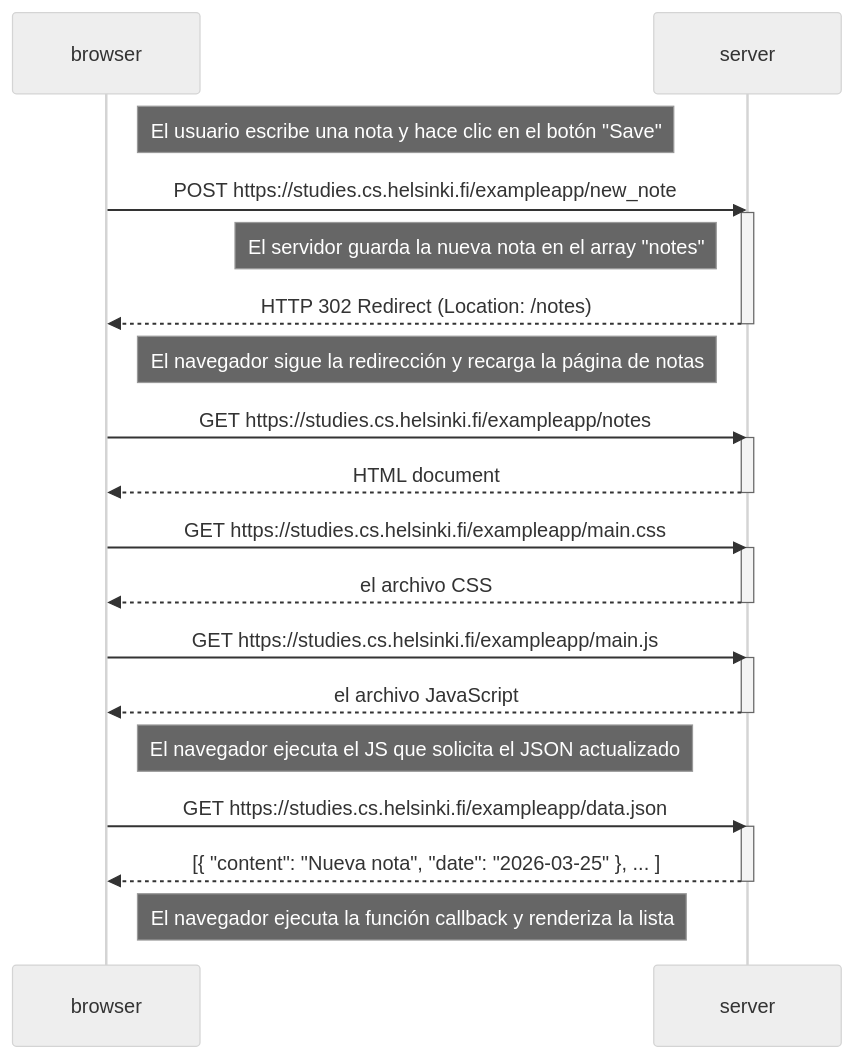
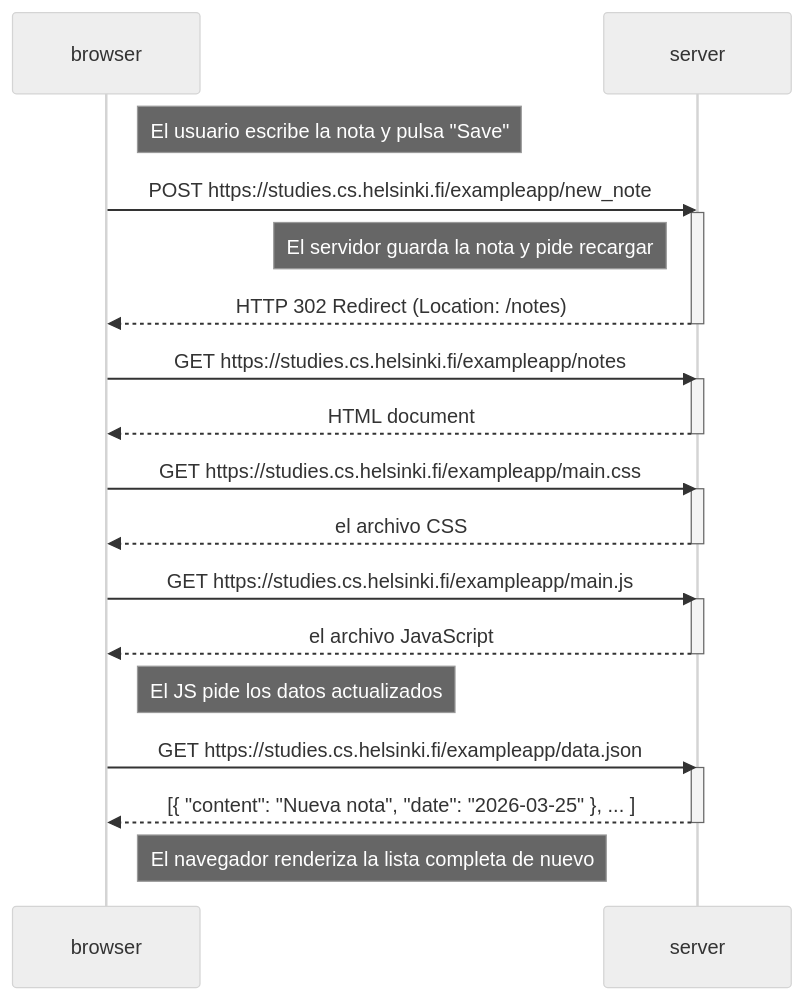
Before and after one commit to Garridoparrayeray/fullstack-open: the diagram in part0/ejercicio04.md, drawn with Mermaid (neutral theme). The commit also changed 2 other files, not shown here.

Commit message:
exercises 0.4-0.5-0.6

````diff
--- a/part0/ejercicio04.md
+++ b/part0/ejercicio04.md
@@ -3,39 +3,36 @@
 ```mermaid
 sequenceDiagram
     participant browser
     participant server
 
-    Note right of browser: El usuario escribe una nota y hace clic en el botón "Save"
+    Note right of browser: El usuario escribe la nota y pulsa "Save"
 
     browser->>server: POST https://studies.cs.helsinki.fi/exampleapp/new_note
     activate server
-    Note left of server: El servidor guarda la nueva nota en el array "notes"
+    Note left of server: El servidor guarda la nota y pide recargar
     server-->>browser: HTTP 302 Redirect (Location: /notes)
     deactivate server
-
-    Note right of browser: El navegador sigue la redirección y recarga la página de notas
 
     browser->>server: GET https://studies.cs.helsinki.fi/exampleapp/notes
     activate server
     server-->>browser: HTML document
     deactivate server
 
     browser->>server: GET https://studies.cs.helsinki.fi/exampleapp/main.css
     activate server
     server-->>browser: el archivo CSS
     deactivate server
 
     browser->>server: GET https://studies.cs.helsinki.fi/exampleapp/main.js
     activate server
     server-->>browser: el archivo JavaScript
     deactivate server
 
-    Note right of browser: El navegador ejecuta el JS que solicita el JSON actualizado
-
+    Note right of browser: El JS pide los datos actualizados
     browser->>server: GET https://studies.cs.helsinki.fi/exampleapp/data.json
     activate server
     server-->>browser: [{ "content": "Nueva nota", "date": "2026-03-25" }, ... ]
     deactivate server
 
-    Note right of browser: El navegador ejecuta la función callback y renderiza la lista
+    Note right of browser: El navegador renderiza la lista completa de nuevo
 ```
````
